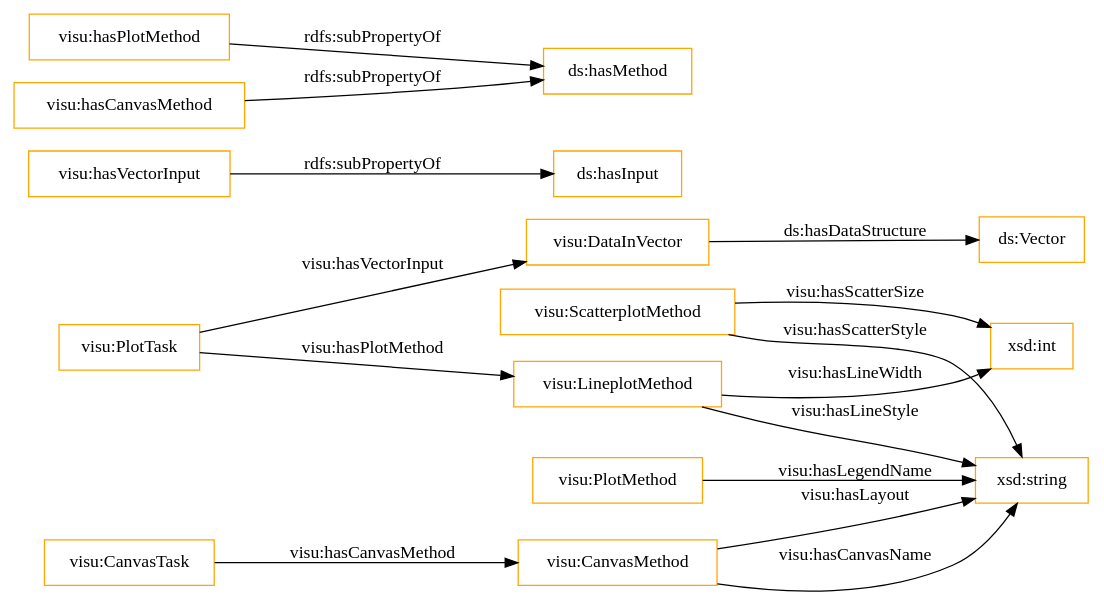
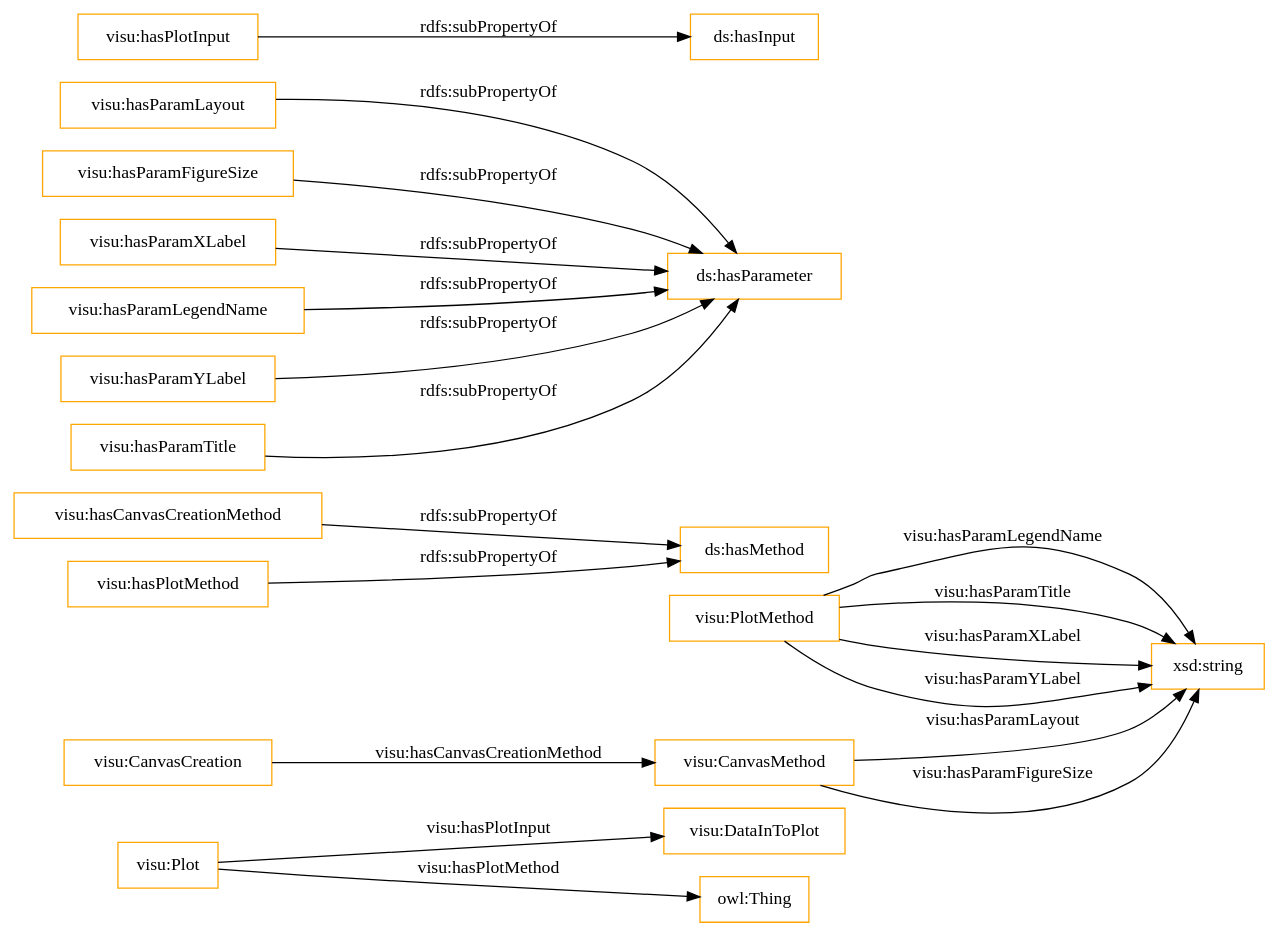
Before and after one commit to nsai-uio/ExeKGOntology: the diagram in OnToology/visu_exeKGOntology.ttl/diagrams/ar2dtool-class/visu_exeKGOntology.ttl.png.dot, drawn with Graphviz. The commit also changed 31 other files, not shown here.

```diff
--- a/OnToology/visu_exeKGOntology.ttl/diagrams/ar2dtool-class/visu_exeKGOntology.ttl.png.dot
+++ b/OnToology/visu_exeKGOntology.ttl/diagrams/ar2dtool-class/visu_exeKGOntology.ttl.png.dot
@@ -1,20 +1,24 @@
 digraph ar2dtool_diagram { 
 rankdir=LR;
 size="1501"
-node [shape = rectangle, color="orange"]; "visu:DataInVector" "visu:ScatterplotMethod" "visu:LineplotMethod" "visu:PlotTask" "visu:PlotMethod" "visu:CanvasTask" "visu:CanvasMethod" ; /*classes style*/
-	"visu:hasVectorInput" -> "ds:hasInput" [ label = "rdfs:subPropertyOf" ];
+node [shape = rectangle, color="orange"]; "visu:DataInToPlot" "visu:Plot" "visu:PlotMethod" "visu:CanvasCreation" "visu:CanvasMethod" ; /*classes style*/
+	"visu:hasCanvasCreationMethod" -> "ds:hasMethod" [ label = "rdfs:subPropertyOf" ];
+	"visu:hasParamLayout" -> "ds:hasParameter" [ label = "rdfs:subPropertyOf" ];
+	"visu:hasParamFigureSize" -> "ds:hasParameter" [ label = "rdfs:subPropertyOf" ];
+	"visu:hasPlotInput" -> "ds:hasInput" [ label = "rdfs:subPropertyOf" ];
+	"visu:hasParamXLabel" -> "ds:hasParameter" [ label = "rdfs:subPropertyOf" ];
+	"visu:hasParamLegendName" -> "ds:hasParameter" [ label = "rdfs:subPropertyOf" ];
+	"visu:hasParamYLabel" -> "ds:hasParameter" [ label = "rdfs:subPropertyOf" ];
 	"visu:hasPlotMethod" -> "ds:hasMethod" [ label = "rdfs:subPropertyOf" ];
-	"visu:DataInVector" -> "ds:Vector" [ label = "ds:hasDataStructure" ];
-	"visu:hasCanvasMethod" -> "ds:hasMethod" [ label = "rdfs:subPropertyOf" ];
-	"visu:LineplotMethod" -> "xsd:string" [ label = "visu:hasLineStyle" ];
-	"visu:ScatterplotMethod" -> "xsd:string" [ label = "visu:hasScatterStyle" ];
-	"visu:PlotTask" -> "visu:DataInVector" [ label = "visu:hasVectorInput" ];
-	"visu:PlotTask" -> "visu:LineplotMethod" [ label = "visu:hasPlotMethod" ];
-	"visu:ScatterplotMethod" -> "xsd:int" [ label = "visu:hasScatterSize" ];
-	"visu:CanvasMethod" -> "xsd:string" [ label = "visu:hasLayout" ];
-	"visu:CanvasTask" -> "visu:CanvasMethod" [ label = "visu:hasCanvasMethod" ];
-	"visu:CanvasMethod" -> "xsd:string" [ label = "visu:hasCanvasName" ];
-	"visu:LineplotMethod" -> "xsd:int" [ label = "visu:hasLineWidth" ];
-	"visu:PlotMethod" -> "xsd:string" [ label = "visu:hasLegendName" ];
+	"visu:hasParamTitle" -> "ds:hasParameter" [ label = "rdfs:subPropertyOf" ];
+	"visu:CanvasMethod" -> "xsd:string" [ label = "visu:hasParamLayout" ];
+	"visu:PlotMethod" -> "xsd:string" [ label = "visu:hasParamLegendName" ];
+	"visu:PlotMethod" -> "xsd:string" [ label = "visu:hasParamTitle" ];
+	"visu:CanvasMethod" -> "xsd:string" [ label = "visu:hasParamFigureSize" ];
+	"visu:PlotMethod" -> "xsd:string" [ label = "visu:hasParamXLabel" ];
+	"visu:Plot" -> "owl:Thing" [ label = "visu:hasPlotMethod" ];
+	"visu:CanvasCreation" -> "visu:CanvasMethod" [ label = "visu:hasCanvasCreationMethod" ];
+	"visu:Plot" -> "visu:DataInToPlot" [ label = "visu:hasPlotInput" ];
+	"visu:PlotMethod" -> "xsd:string" [ label = "visu:hasParamYLabel" ];
 
 }
```
